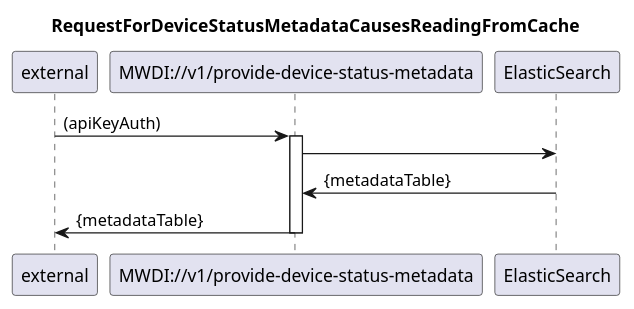
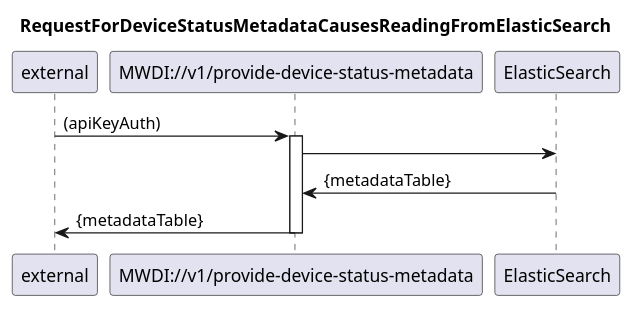
One commit to openBackhaul/MicroWaveDeviceInventory changed the diagram in spec/diagrams/new and updated/108_ProvideDeviceMetadataTable.plantuml. Above: the diagram before and after it, drawn with PlantUML. The commit also changed 5 other files, not shown here.

```diff
--- a/spec/diagrams/new and updated/108_ProvideDeviceMetadataTable.plantuml
+++ b/spec/diagrams/new and updated/108_ProvideDeviceMetadataTable.plantuml
@@ -1,19 +1,19 @@
 @startuml 108_ProvideDeviceMetadataTable
 skinparam responseMessageBelowArrow true
 
-title RequestForDeviceStatusMetadataCausesReadingFromCache
+title RequestForDeviceStatusMetadataCausesReadingFromElasticSearch
 
 participant "external" as requestor
 participant "MWDI://v1/provide-device-status-metadata" as data
 participant "ElasticSearch" as es
 
 requestor -> data: (apiKeyAuth)
 activate data
 
 data -> es
 es -> data: {metadataTable}
 
 data -> requestor: {metadataTable}
 deactivate data
 
 @enduml
```
